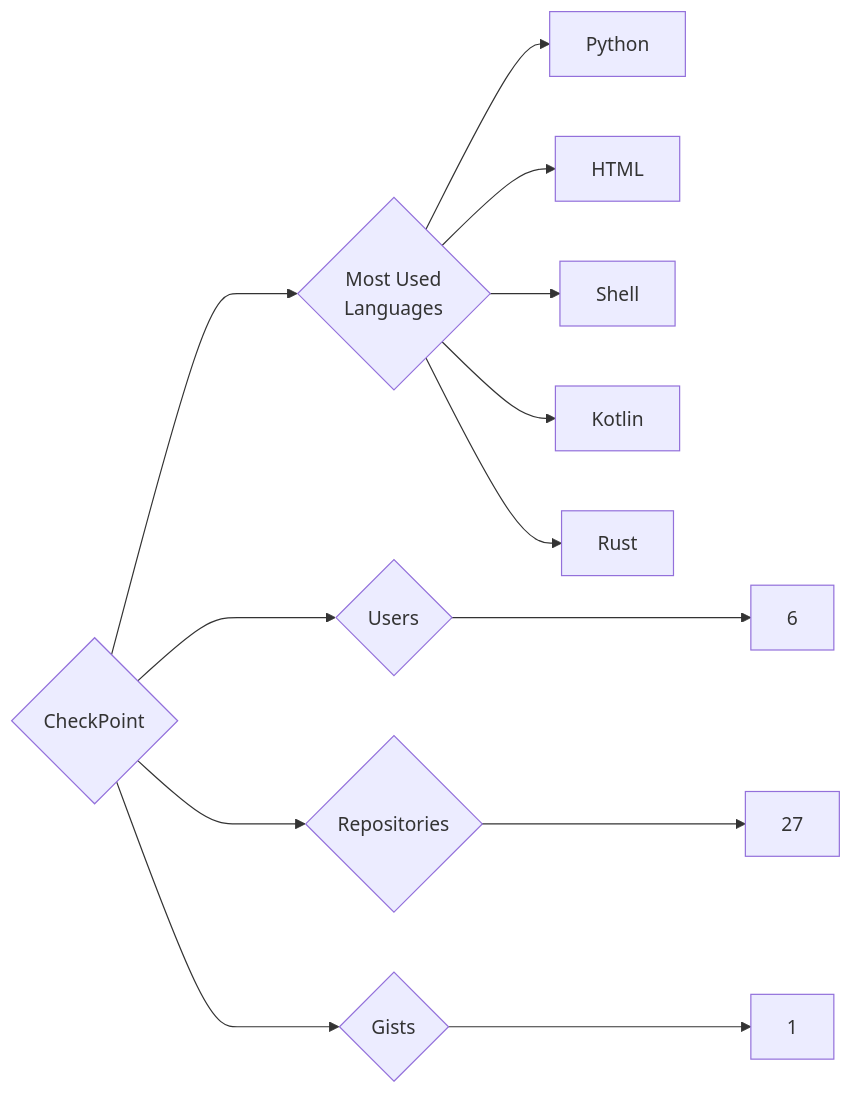
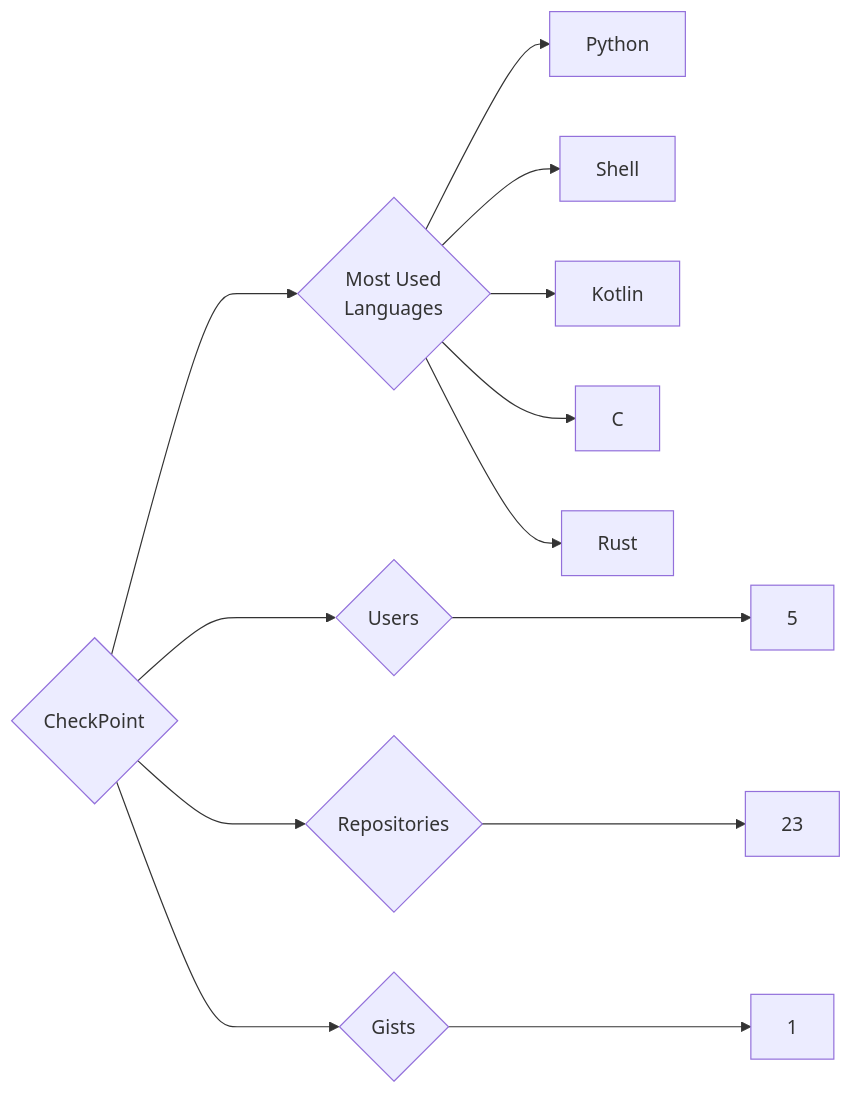
Before and after one commit to trickest/insiders: the diagram in targets/CheckPoint/README.md, drawn with Mermaid. The commit also changed 1092 other files, not shown here.

````diff
--- a/targets/CheckPoint/README.md
+++ b/targets/CheckPoint/README.md
@@ -3,13 +3,13 @@
 ```mermaid
 graph LR
 COMPANY_NAME{CheckPoint}
-COMPANY_NAME ---> U{Users} ---> UN[6]
-COMPANY_NAME ---> R{Repositories} ---> RN[27]
+COMPANY_NAME ---> U{Users} ---> UN[5]
+COMPANY_NAME ---> R{Repositories} ---> RN[23]
 COMPANY_NAME ---> G{Gists} ---> GN[1]
 COMPANY_NAME ---> ML{Most Used<br>Languages}
 ML --> Python[Python]
-ML --> HTML[HTML]
 ML --> Shell[Shell]
 ML --> Kotlin[Kotlin]
+ML --> C[C]
 ML --> Rust[Rust]
 ```
````
